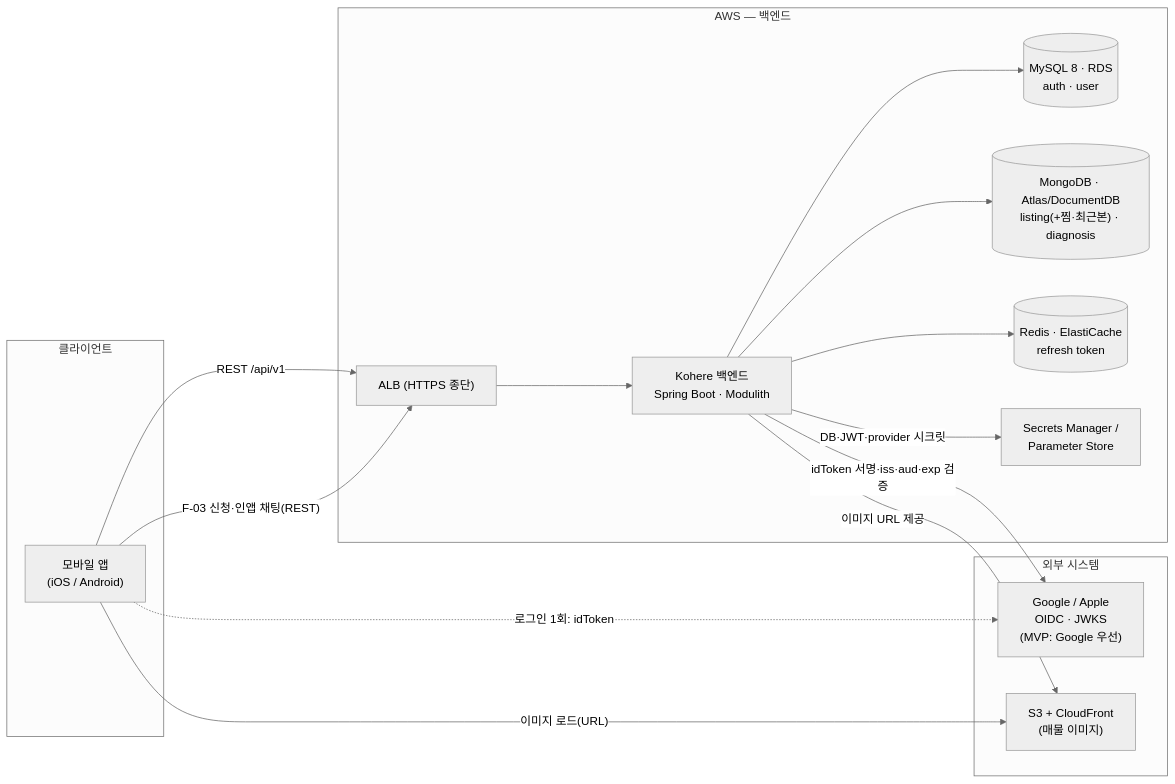
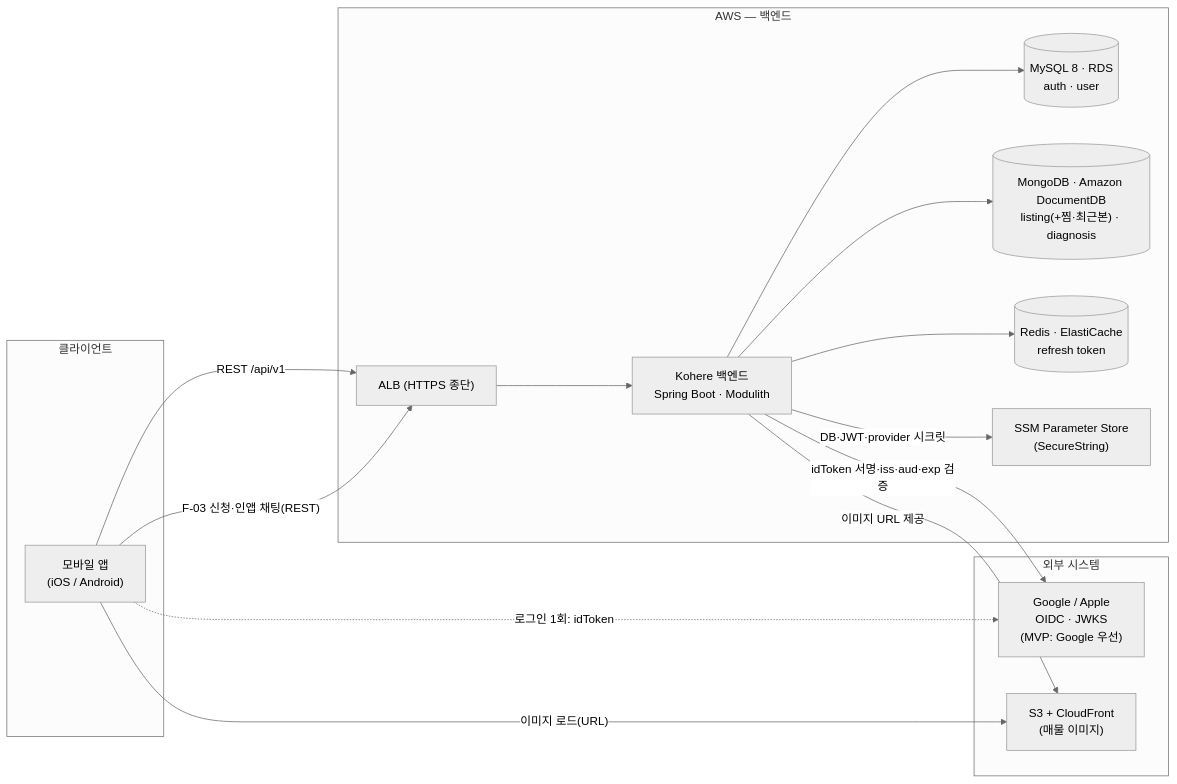
The first of 5 diagrams in docs/architecture/system-overview.md (jameskim9509/Kohere-backend), drawn with Mermaid (neutral theme) before and after one commit. The commit also changed other lines of this file and 133 other files, not shown here.

````diff
--- a/docs/architecture/system-overview.md
+++ b/docs/architecture/system-overview.md
@@ -29,32 +29,32 @@
 ```mermaid
 flowchart LR
     subgraph Client["클라이언트"]
       APP["모바일 앱<br/>(iOS / Android)"]
     end
 
     subgraph External["외부 시스템"]
       OIDC["Google / Apple<br/>OIDC · JWKS<br/>(MVP: Google 우선)"]
       CDN["S3 + CloudFront<br/>(매물 이미지)"]
     end
 
     subgraph Cloud["AWS — 백엔드"]
       ALB["ALB (HTTPS 종단)"]
       SRV["Kohere 백엔드<br/>Spring Boot · Modulith"]
       MYSQL[("MySQL 8 · RDS<br/>auth · user")]
-      MONGO[("MongoDB · Atlas/DocumentDB<br/>listing(+찜·최근본) · diagnosis")]
+      MONGO[("MongoDB · Amazon DocumentDB<br/>listing(+찜·최근본) · diagnosis")]
       REDIS[("Redis · ElastiCache<br/>refresh token")]
-      SECRET["Secrets Manager /<br/>Parameter Store"]
+      SECRET["SSM Parameter Store<br/>(SecureString)"]
     end
 
     APP -- "REST /api/v1" --> ALB
     ALB --> SRV
     APP -. "로그인 1회: idToken" .-> OIDC
     SRV -- "idToken 서명·iss·aud·exp 검증" --> OIDC
     SRV --> MYSQL
     SRV --> MONGO
     SRV --> REDIS
     APP -- "F-03 신청·인앱 채팅(REST)" --> ALB
     APP -- "이미지 로드(URL)" --> CDN
     SRV -- "이미지 URL 제공" --> CDN
     SRV -- "DB·JWT·provider 시크릿" --> SECRET
 ```
````
